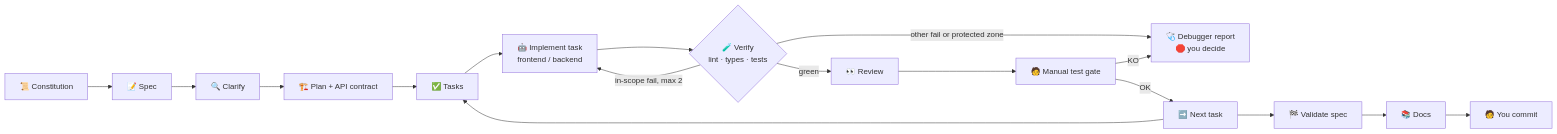
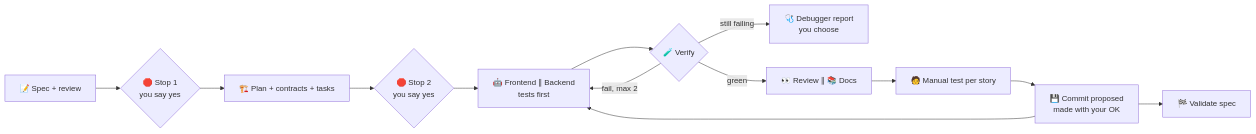
The diagram in README.md (attisDev92/Dev-Harness-SDD), drawn with Mermaid before and after one commit. The commit also changed other lines of this file and 58 other files, not shown here.

````diff
--- a/README.md
+++ b/README.md
@@ -73,19 +73,15 @@
 ```mermaid
 flowchart LR
-  C[📜 Constitution] --> S[📝 Spec]
-  S --> Q[🔍 Clarify]
-  Q --> P[🏗️ Plan + API contract]
-  P --> T[✅ Tasks]
-  T --> I[🤖 Implement task<br/>frontend / backend]
-  I --> V{🧪 Verify<br/>lint · types · tests}
-  V -- in-scope fail, max 2 --> I
-  V -- other fail or protected zone --> D[🩺 Debugger report<br/>🛑 you decide]
-  V -- green --> R[👀 Review]
-  R --> H[🧑 Manual test gate]
-  H -- OK --> N[➡️ Next task]
-  H -- KO --> D
-  N --> T
-  N --> X[🏁 Validate spec]
-  X --> DOC[📚 Docs]
-  DOC --> CM[🧑 You commit]
+  S[📝 Spec + review] --> A1{🛑 Stop 1<br/>you say yes}
+  A1 --> P[🏗️ Plan + contracts + tasks]
+  P --> A2{🛑 Stop 2<br/>you say yes}
+  A2 --> I[🤖 Frontend ∥ Backend<br/>tests first]
+  I --> V{🧪 Verify}
+  V -- fail, max 2 --> I
+  V -- still failing --> D[🩺 Debugger report<br/>you choose]
+  V -- green --> R[👀 Review ∥ 📚 Docs]
+  R --> H[🧑 Manual test per story]
+  H --> CM[💾 Commit proposed<br/>made with your OK]
+  CM --> I
+  CM --> X[🏁 Validate spec]
 ```
````
